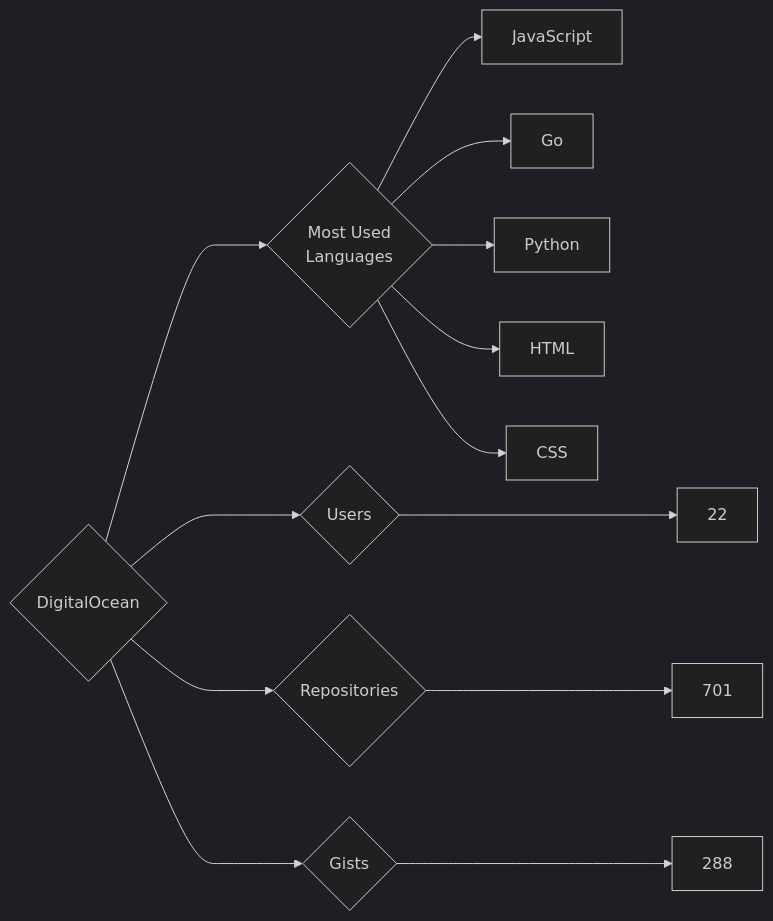
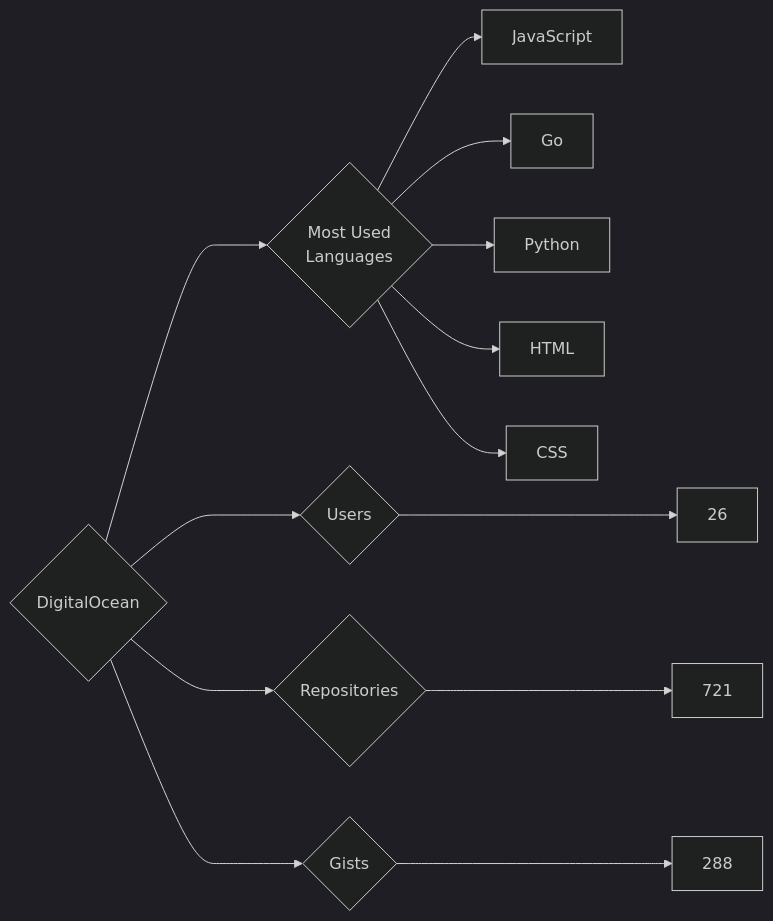
Before and after one commit to trickest/insiders: the diagram in targets/DigitalOcean/README.md, drawn with Mermaid (dark theme). The commit also changed 1020 other files, not shown here.

````diff
--- a/targets/DigitalOcean/README.md
+++ b/targets/DigitalOcean/README.md
@@ -3,13 +3,13 @@
 ```mermaid
 graph LR
 COMPANY_NAME{DigitalOcean}
-COMPANY_NAME ---> U{Users} ---> UN[22]
-COMPANY_NAME ---> R{Repositories} ---> RN[701]
+COMPANY_NAME ---> U{Users} ---> UN[26]
+COMPANY_NAME ---> R{Repositories} ---> RN[721]
 COMPANY_NAME ---> G{Gists} ---> GN[288]
 COMPANY_NAME ---> ML{Most Used<br>Languages}
 ML --> JavaScript[JavaScript]
 ML --> Go[Go]
 ML --> Python[Python]
 ML --> HTML[HTML]
 ML --> CSS[CSS]
 ```
````
